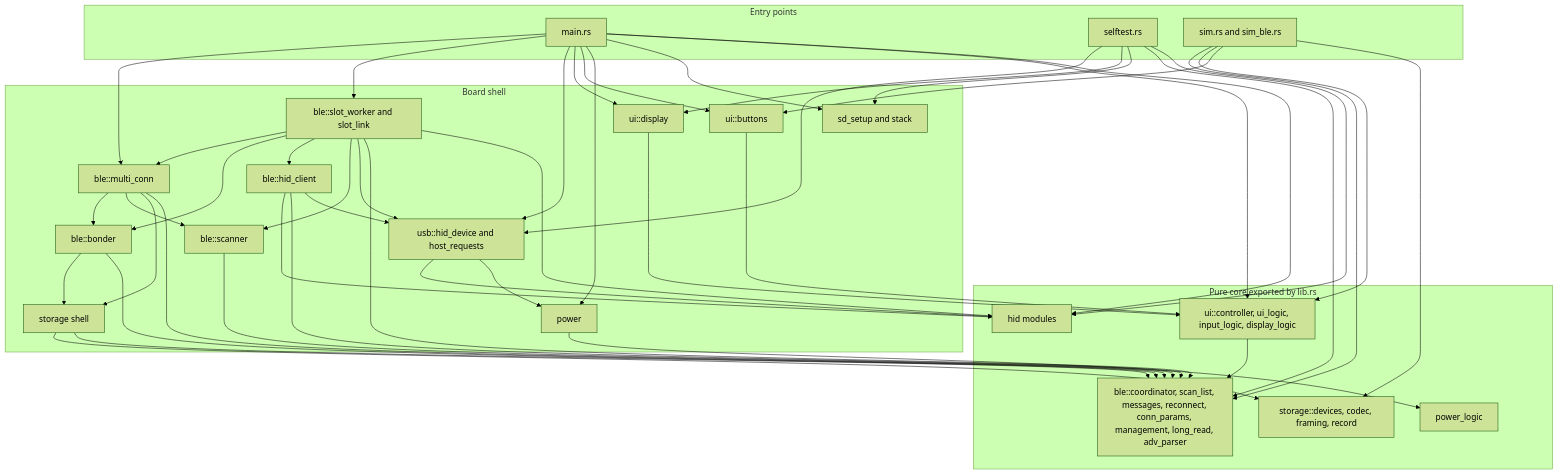
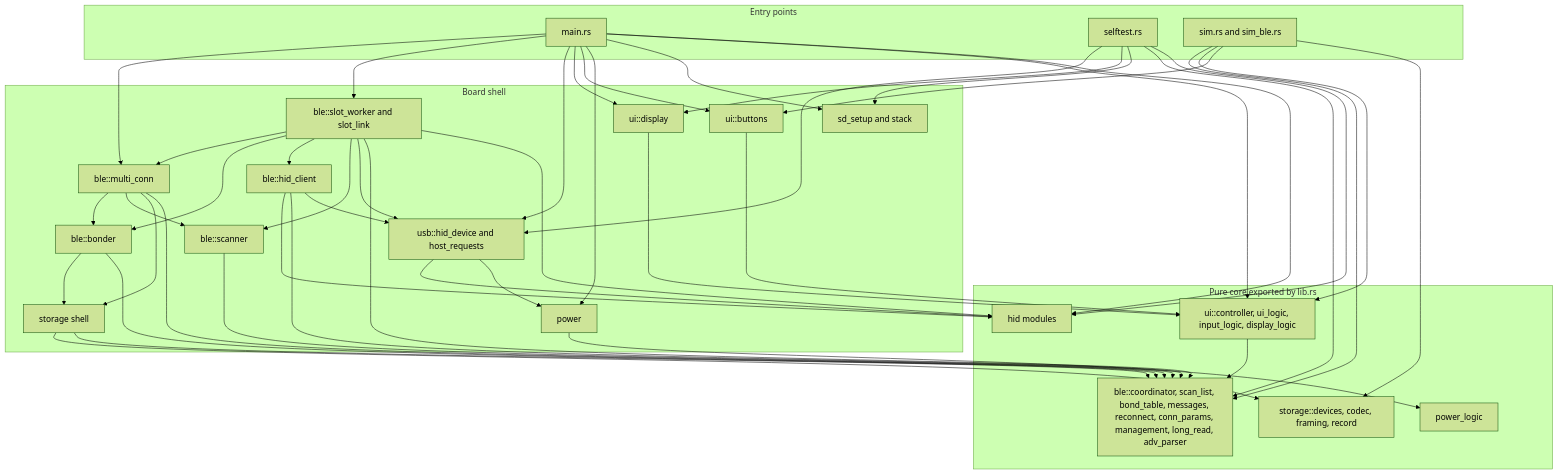
The second of 10 diagrams in docs/architecture.md (chefzaid/bt2usb), drawn with Mermaid (forest theme) before and after one commit. The commit also changed other lines of this file and 26 other files, not shown here.

````diff
--- a/docs/architecture.md
+++ b/docs/architecture.md
@@ -128,42 +129,42 @@
 ```mermaid
 flowchart TD
     subgraph entry [Entry points]
         MAIN["main.rs"]
         SELF["selftest.rs"]
         SIM["sim.rs and sim_ble.rs"]
     end
     subgraph shell [Board shell]
         MC["ble::multi_conn"]
         SW["ble::slot_worker and slot_link"]
         BND["ble::bonder"]
         HC["ble::hid_client"]
         SC["ble::scanner"]
         ST["storage shell"]
         USB["usb::hid_device and host_requests"]
         PWR["power"]
         DSP["ui::display"]
         BTN["ui::buttons"]
         SDS["sd_setup and stack"]
     end
     subgraph core [Pure core exported by lib.rs]
-        BC["ble::coordinator, scan_list, messages, reconnect, conn_params, management, long_read, adv_parser"]
+        BC["ble::coordinator, scan_list, bond_table, messages, reconnect, conn_params, management, long_read, adv_parser"]
         HID["hid modules"]
         UIL["ui::controller, ui_logic, input_logic, display_logic"]
         PL["power_logic"]
         SF["storage::devices, codec, framing, record"]
     end
     MAIN --> MC & SW & USB & DSP & BTN & PWR & SDS & UIL & HID
     SELF --> USB & DSP & SDS & BC & HID
     SIM --> BC & UIL & BTN & SF
     MC --> BND & SC & ST & BC
     SW --> MC & BND & HC & SC & USB & BC & HID
     BND --> ST & BC
     HC --> HID & BC & USB
     SC --> BC
     ST --> SF & BC
     USB --> HID & PWR
     PWR --> PL
     DSP --> UIL
     BTN --> UIL
     UIL --> BC
 ```
````
